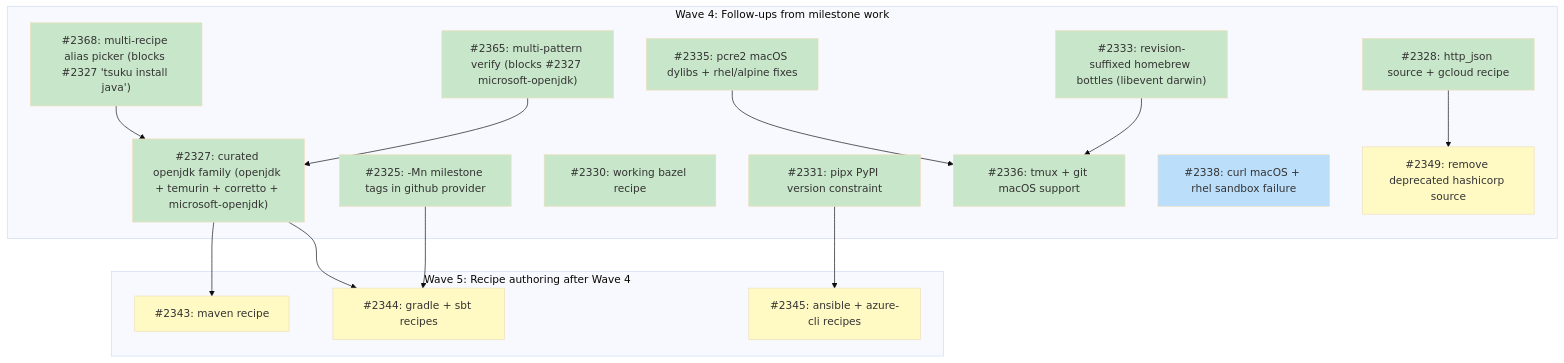
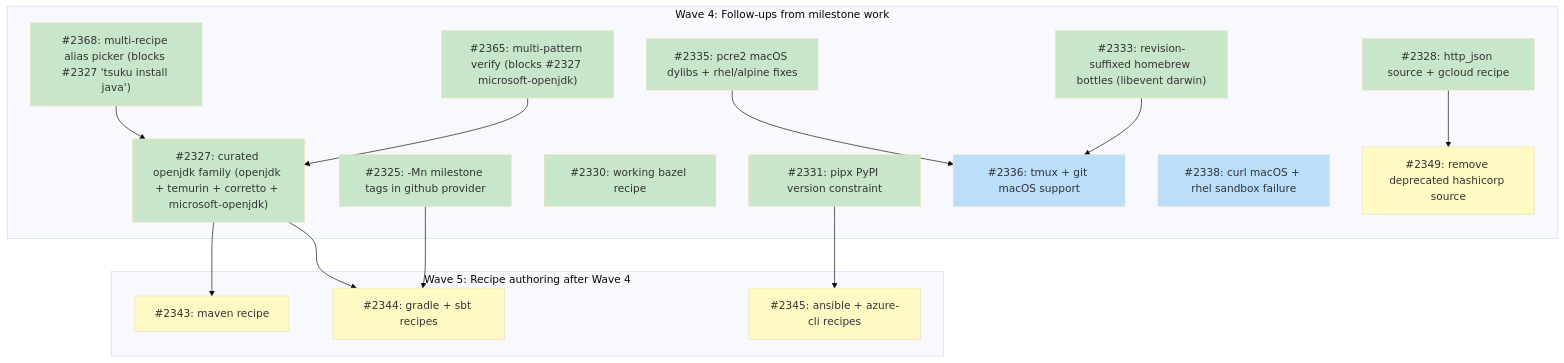
The diagram in docs/plans/PLAN-curated-recipes.md (tsukumogami/tsuku), drawn with Mermaid (base theme) before and after one commit. The commit also changed other lines of this file and 1 other file, not shown here.

Commit message:
revert(recipes): restore tmux.toml to pre-PR state, defer macOS support
The tmux Linux glibc path (homebrew bottle) requires libutf8proc.so.3 from
a sibling Linuxbrew install that tsuku does not chain into the binary's
RPATH for tool recipes. Pre-PR this was untested in CI (recipe wasn't
modified). Adding macOS support to tmux makes the recipe re-tested, which
surfaces the libutf8proc gap on every Linux glibc family.

Defer tmux's macOS support to a follow-up issue that addresses the
Linux dylib chaining gap (architectural — applies to other tool recipes
that depend on non-system shared libraries via homebrew bottles).

git's macOS support stays in this PR; git only depends on pcre2, whose
macOS install ships the dylibs git's @rpath needs.

````diff
--- a/docs/plans/PLAN-curated-recipes.md
+++ b/docs/plans/PLAN-curated-recipes.md
@@ -144,48 +144,48 @@
 ```mermaid
 graph TD
     subgraph wave4 ["Wave 4: Follow-ups from milestone work"]
         I2325["#2325: -Mn milestone tags in github provider"]
         I2327["#2327: curated openjdk family (openjdk + temurin + corretto + microsoft-openjdk)"]
         I2328["#2328: http_json source + gcloud recipe"]
         I2330["#2330: working bazel recipe"]
         I2331["#2331: pipx PyPI version constraint"]
         I2333["#2333: revision-suffixed homebrew bottles (libevent darwin)"]
         I2335["#2335: pcre2 macOS dylibs + rhel/alpine fixes"]
         I2336["#2336: tmux + git macOS support"]
         I2338["#2338: curl macOS + rhel sandbox failure"]
         I2349["#2349: remove deprecated hashicorp source"]
         I2365["#2365: multi-pattern verify (blocks #2327 microsoft-openjdk)"]
         I2368["#2368: multi-recipe alias picker (blocks #2327 'tsuku install java')"]
     end
 
     subgraph wave5 ["Wave 5: Recipe authoring after Wave 4"]
         I2343["#2343: maven recipe"]
         I2344["#2344: gradle + sbt recipes"]
         I2345["#2345: ansible + azure-cli recipes"]
     end
 
     I2333 --> I2336
     I2335 --> I2336
 
     I2365 --> I2327
     I2368 --> I2327
     I2327 --> I2343
     I2325 --> I2344
     I2327 --> I2344
     I2331 --> I2345
     I2328 --> I2349
 
     classDef done fill:#c8e6c9
     classDef ready fill:#bbdefb
     classDef blocked fill:#fff9c4
     classDef needsDesign fill:#e1bee7
     classDef needsPrd fill:#b3e5fc
     classDef needsSpike fill:#ffcdd2
     classDef needsDecision fill:#d1c4e9
     classDef tracksDesign fill:#FFE0B2,stroke:#F57C00,color:#000
     classDef tracksPlan fill:#FFE0B2,stroke:#F57C00,color:#000
 
-    class I2325,I2327,I2328,I2330,I2331,I2333,I2335,I2336,I2365,I2368 done
-    class I2338 ready
+    class I2325,I2327,I2328,I2330,I2331,I2333,I2335,I2365,I2368 done
+    class I2336,I2338 ready
     class I2343,I2344,I2345,I2349 blocked
 ```
````
